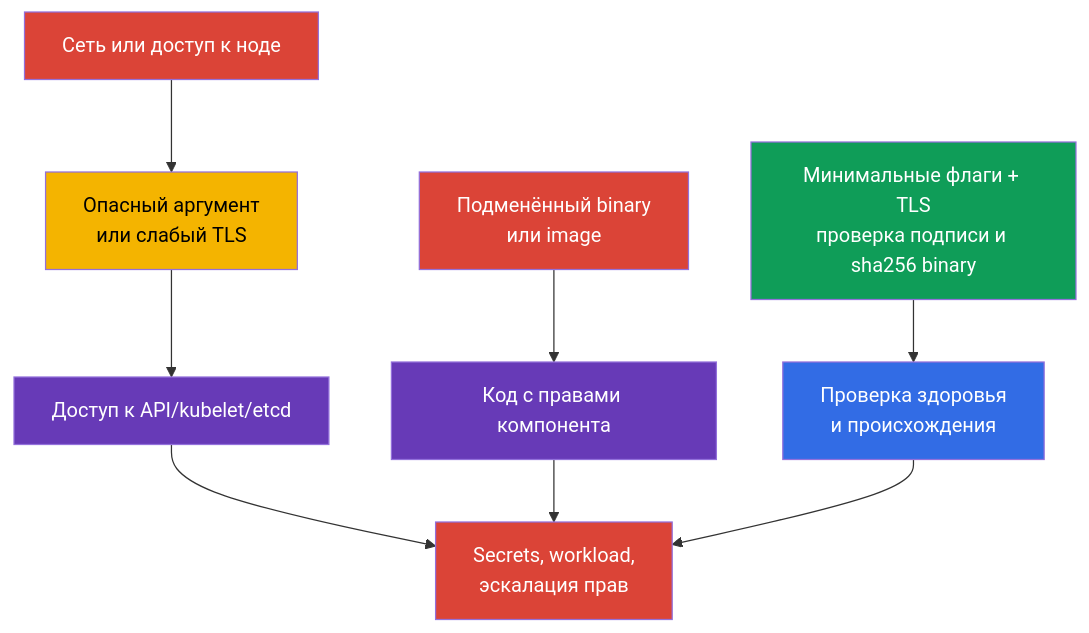
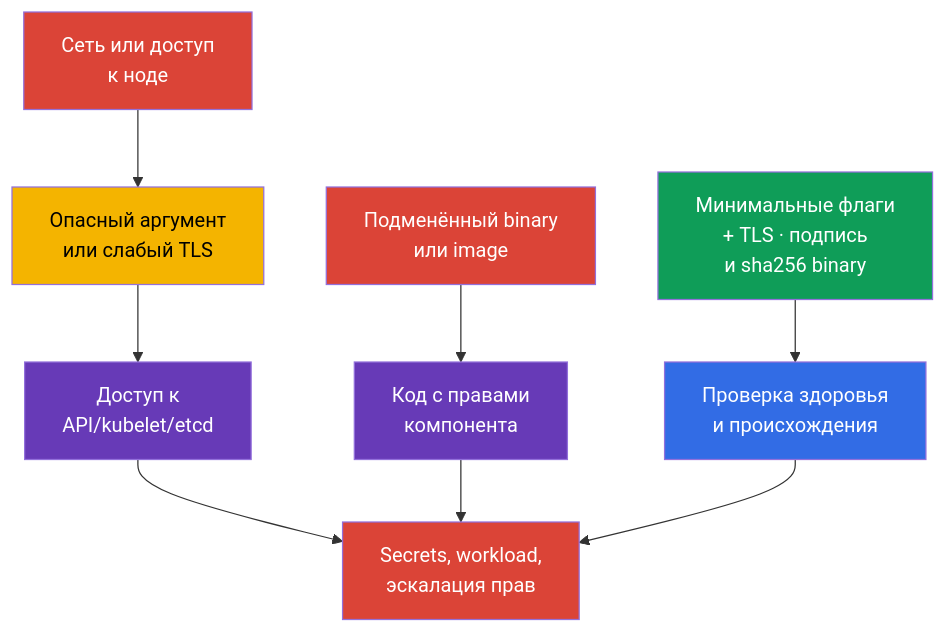
The first of 2 diagrams in tasks/cks/course/09/ru.md (ViktorUJ/cks), drawn with Mermaid before and after one commit. The commit also changed other lines of this file and 6 other files, not shown here.

````diff
--- a/tasks/cks/course/09/ru.md
+++ b/tasks/cks/course/09/ru.md
@@ -29,18 +29,18 @@
 ```mermaid
 flowchart TB
-    net["Сеть или доступ к ноде"] --> weak["Опасный аргумент<br/>или слабый TLS"]
-    weak --> api["Доступ к API/kubelet/etcd"]
-    file["Подменённый binary<br/>или image"] --> runtime["Код с правами компонента"]
+    net["Сеть или доступ<br/>к ноде"] --> weak["Опасный аргумент<br/>или слабый TLS"]
+    weak --> api["Доступ к<br/>API/kubelet/etcd"]
+    file["Подменённый binary<br/>или image"] --> runtime["Код с правами<br/>компонента"]
     api --> impact["Secrets, workload,<br/>эскалация прав"]
     runtime --> impact
-    harden["Минимальные флаги + TLS<br/>проверка подписи и sha256 binary"] --> verify["Проверка здоровья<br/>и происхождения"]
+    harden["Минимальные флаги<br/>+ TLS · подпись<br/>и sha256 binary"] --> verify["Проверка здоровья<br/>и происхождения"]
     verify --> impact
     style net fill:#db4437,color:#fff
     style weak fill:#f4b400,color:#000
     style file fill:#db4437,color:#fff
     style api fill:#673ab7,color:#fff
     style runtime fill:#673ab7,color:#fff
     style harden fill:#0f9d58,color:#fff
     style verify fill:#326ce5,color:#fff
     style impact fill:#db4437,color:#fff
 ```
````
